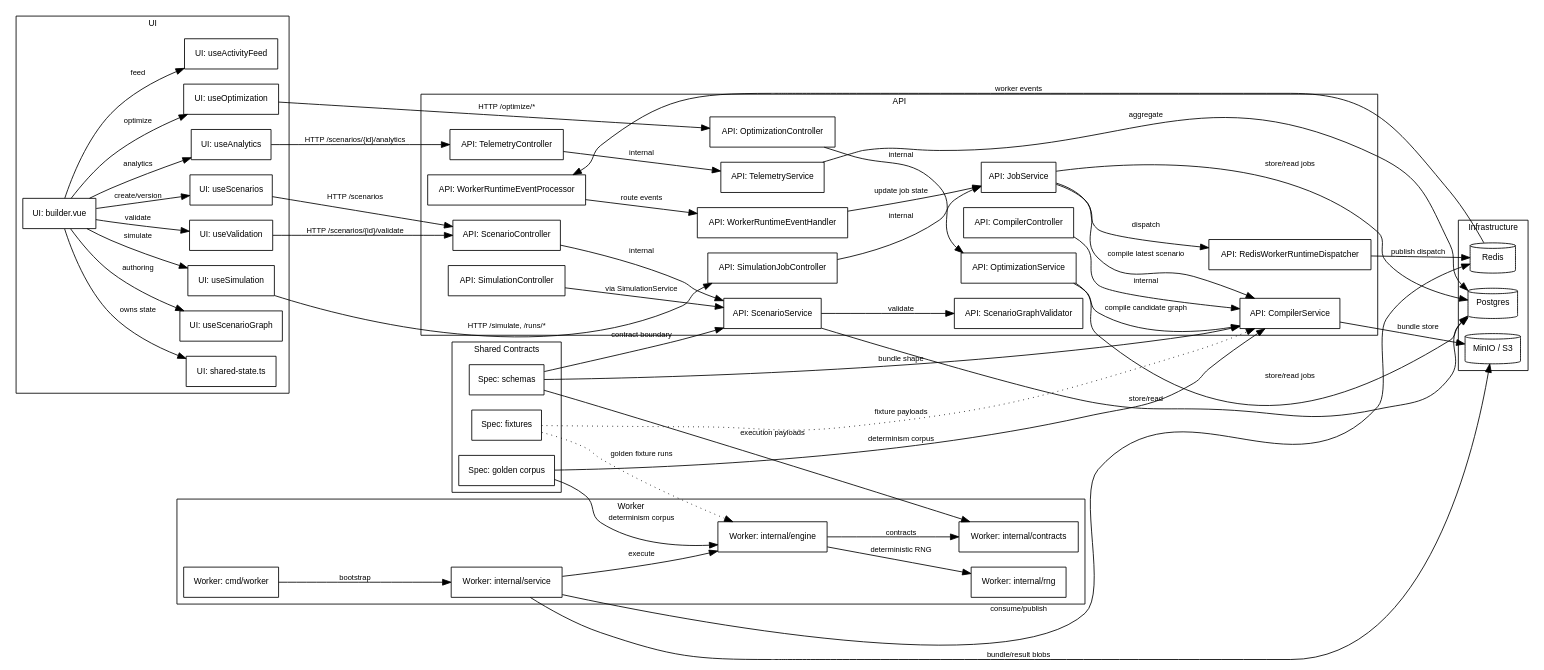
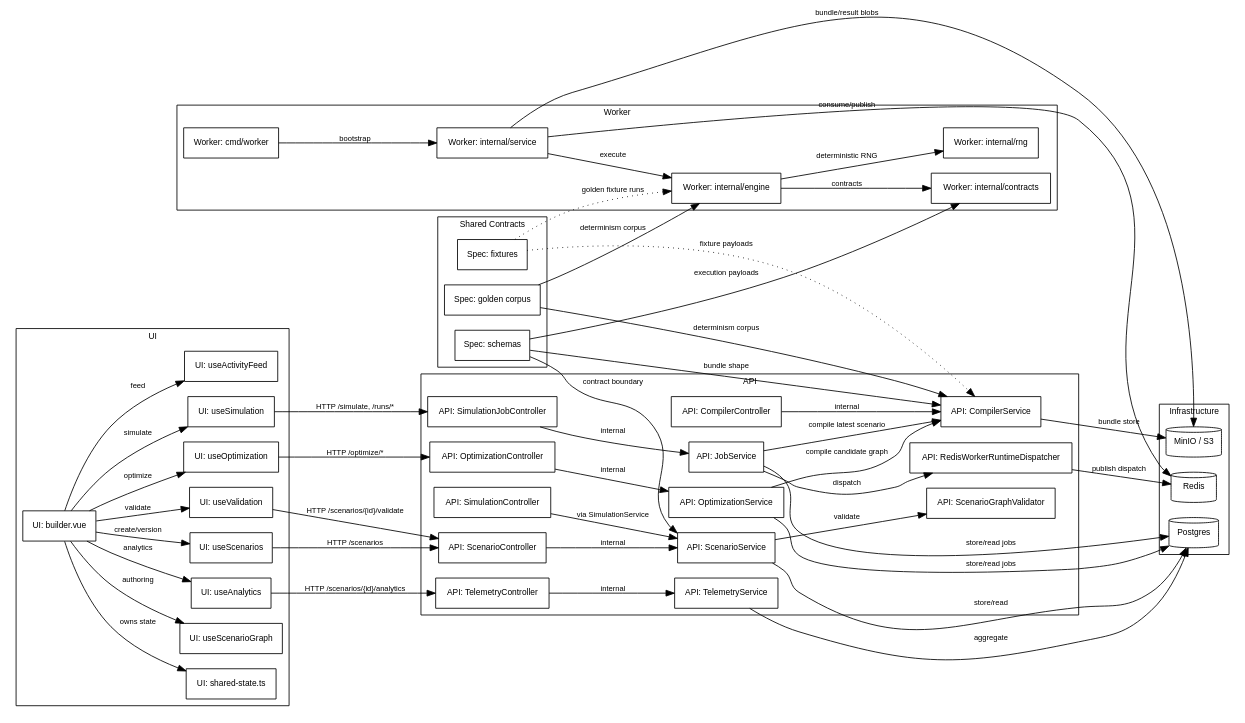
One commit to danagbemava/athanor changed the diagram in docs/architecture/knowledge-graph.dot. Above: the diagram before and after it, drawn with Graphviz.

Commit message:
Align structural graph with task scope

```diff
--- a/docs/architecture/knowledge-graph.dot
+++ b/docs/architecture/knowledge-graph.dot
@@ -1,111 +1,106 @@
 digraph athanor_knowledge_graph {
   rankdir=LR;
   graph [fontsize=10, fontname="Helvetica", compound=true];
   node [shape=box, fontsize=10, fontname="Helvetica"];
   edge [fontsize=9, fontname="Helvetica"];
 
   subgraph cluster_ui {
     label="UI";
     builder [label="UI: builder.vue"];
     shared_state [label="UI: shared-state.ts"];
     use_graph [label="UI: useScenarioGraph"];
     use_validation [label="UI: useValidation"];
     use_scenarios [label="UI: useScenarios"];
     use_simulation [label="UI: useSimulation"];
     use_optimization [label="UI: useOptimization"];
     use_analytics [label="UI: useAnalytics"];
     use_activity [label="UI: useActivityFeed"];
   }
 
   subgraph cluster_api {
     label="API";
     scenario_controller [label="API: ScenarioController"];
     scenario_service [label="API: ScenarioService"];
     graph_validator [label="API: ScenarioGraphValidator"];
     compiler_controller [label="API: CompilerController"];
     compiler_service [label="API: CompilerService"];
     simulation_controller [label="API: SimulationController"];
     simulation_job_controller [label="API: SimulationJobController"];
     job_service [label="API: JobService"];
-    worker_runtime_event_processor [label="API: WorkerRuntimeEventProcessor"];
-    worker_runtime_event_handler [label="API: WorkerRuntimeEventHandler"];
     optimization_controller [label="API: OptimizationController"];
     optimization_service [label="API: OptimizationService"];
     telemetry_controller [label="API: TelemetryController"];
     telemetry_service [label="API: TelemetryService"];
     redis_dispatcher [label="API: RedisWorkerRuntimeDispatcher"];
   }
 
   subgraph cluster_worker {
     label="Worker";
     worker_entry [label="Worker: cmd/worker"];
     worker_runtime [label="Worker: internal/service"];
     worker_engine [label="Worker: internal/engine"];
     worker_contracts [label="Worker: internal/contracts"];
     worker_rng [label="Worker: internal/rng"];
   }
 
   subgraph cluster_spec {
     label="Shared Contracts";
     spec_schemas [label="Spec: schemas"];
     spec_fixtures [label="Spec: fixtures"];
     spec_golden [label="Spec: golden corpus"];
   }
 
   subgraph cluster_infra {
     label="Infrastructure";
     postgres [label="Postgres", shape=cylinder];
     redis [label="Redis", shape=cylinder];
     minio [label="MinIO / S3", shape=cylinder];
   }
 
   builder -> shared_state [label="owns state"];
   builder -> use_graph [label="authoring"];
   builder -> use_validation [label="validate"];
   builder -> use_scenarios [label="create/version"];
   builder -> use_simulation [label="simulate"];
   builder -> use_optimization [label="optimize"];
   builder -> use_analytics [label="analytics"];
   builder -> use_activity [label="feed"];
 
   use_scenarios -> scenario_controller [label="HTTP /scenarios"];
   use_validation -> scenario_controller [label="HTTP /scenarios/{id}/validate"];
   use_simulation -> simulation_job_controller [label="HTTP /simulate, /runs/*"];
   use_optimization -> optimization_controller [label="HTTP /optimize/*"];
   use_analytics -> telemetry_controller [label="HTTP /scenarios/{id}/analytics"];
 
   scenario_controller -> scenario_service [label="internal"];
   scenario_service -> graph_validator [label="validate"];
   compiler_controller -> compiler_service [label="internal"];
   job_service -> compiler_service [label="compile latest scenario"];
   optimization_service -> compiler_service [label="compile candidate graph"];
   simulation_controller -> scenario_service [label="via SimulationService"];
   simulation_job_controller -> job_service [label="internal"];
   optimization_controller -> optimization_service [label="internal"];
   telemetry_controller -> telemetry_service [label="internal"];
   job_service -> redis_dispatcher [label="dispatch"];
   worker_entry -> worker_runtime [label="bootstrap"];
 
   scenario_service -> postgres [label="store/read"];
   job_service -> postgres [label="store/read jobs"];
   optimization_service -> postgres [label="store/read jobs"];
   telemetry_service -> postgres [label="aggregate"];
   compiler_service -> minio [label="bundle store"];
   redis_dispatcher -> redis [label="publish dispatch"];
   worker_runtime -> redis [label="consume/publish"];
   worker_runtime -> minio [label="bundle/result blobs"];
   worker_runtime -> worker_engine [label="execute"];
-  redis -> worker_runtime_event_processor [label="worker events"];
-  worker_runtime_event_processor -> worker_runtime_event_handler [label="route events"];
-  worker_runtime_event_handler -> job_service [label="update job state"];
   worker_engine -> worker_contracts [label="contracts"];
   worker_engine -> worker_rng [label="deterministic RNG"];
 
   spec_schemas -> scenario_service [label="contract boundary"];
   spec_schemas -> compiler_service [label="bundle shape"];
   spec_schemas -> worker_contracts [label="execution payloads"];
   spec_fixtures -> compiler_service [style=dotted, label="fixture payloads"];
   spec_fixtures -> worker_engine [style=dotted, label="golden fixture runs"];
   spec_golden -> compiler_service [label="determinism corpus"];
   spec_golden -> worker_engine [label="determinism corpus"];
 }
```
